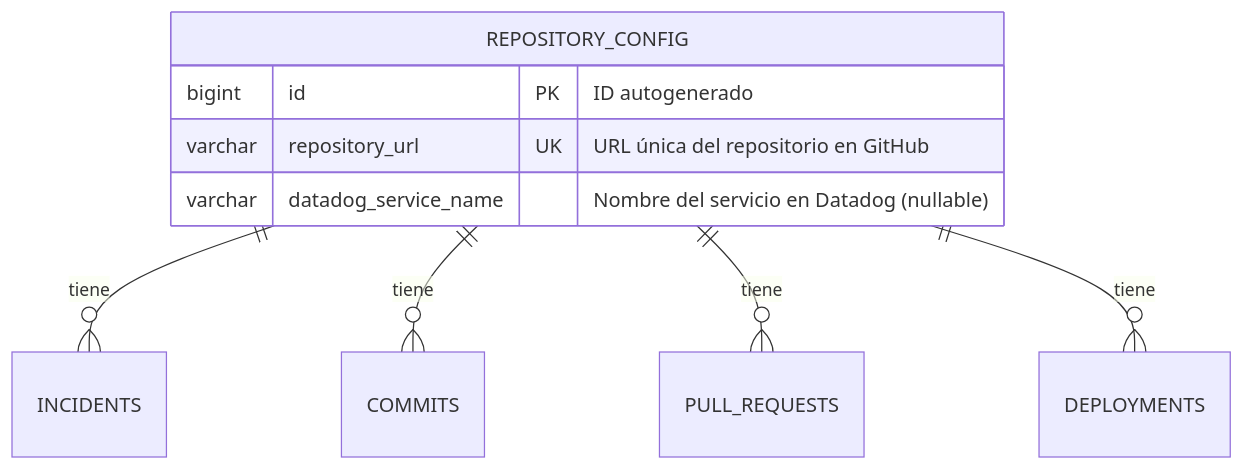
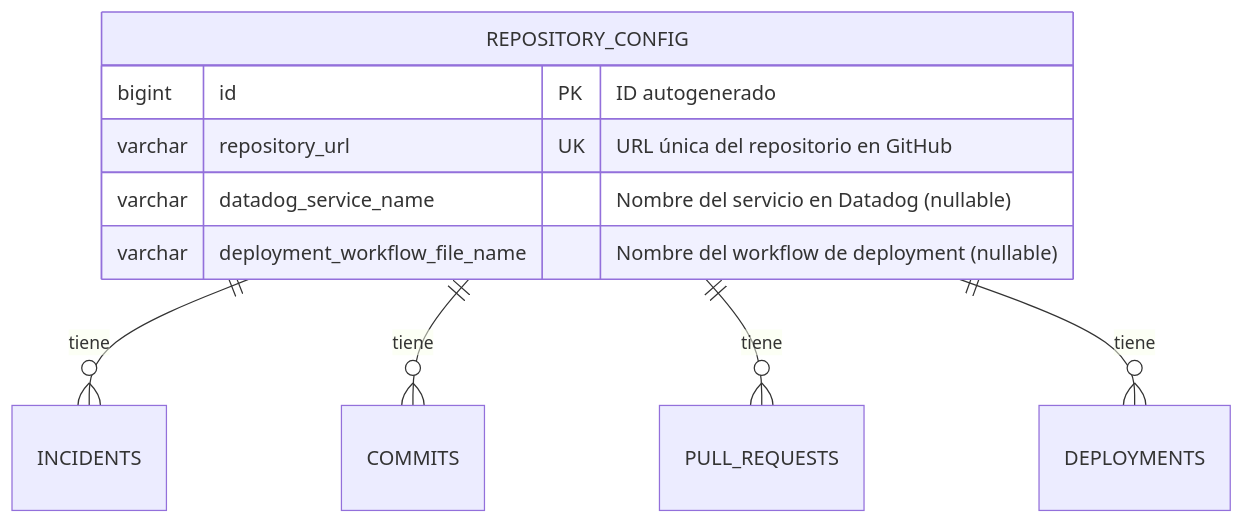
Diagram 39 of 43 in documentation/design.md (tesis-bachiller-edson-chavez/tesis_bachiller_backend_multimodular), drawn with Mermaid before and after one commit. The commit also changed other lines of this file and 7 other files, not shown here.

````diff
--- a/documentation/design.md
+++ b/documentation/design.md
@@ -2606,13 +2609,14 @@
 ```mermaid
 erDiagram
     REPOSITORY_CONFIG {
         bigint id PK "ID autogenerado"
         varchar repository_url UK "URL única del repositorio en GitHub"
         varchar datadog_service_name "Nombre del servicio en Datadog (nullable)"
+        varchar deployment_workflow_file_name "Nombre del workflow de deployment (nullable)"
     }
 
     REPOSITORY_CONFIG ||--o{ INCIDENTS : "tiene"
     REPOSITORY_CONFIG ||--o{ COMMITS : "tiene"
     REPOSITORY_CONFIG ||--o{ PULL_REQUESTS : "tiene"
     REPOSITORY_CONFIG ||--o{ DEPLOYMENTS : "tiene"
 ```
````
